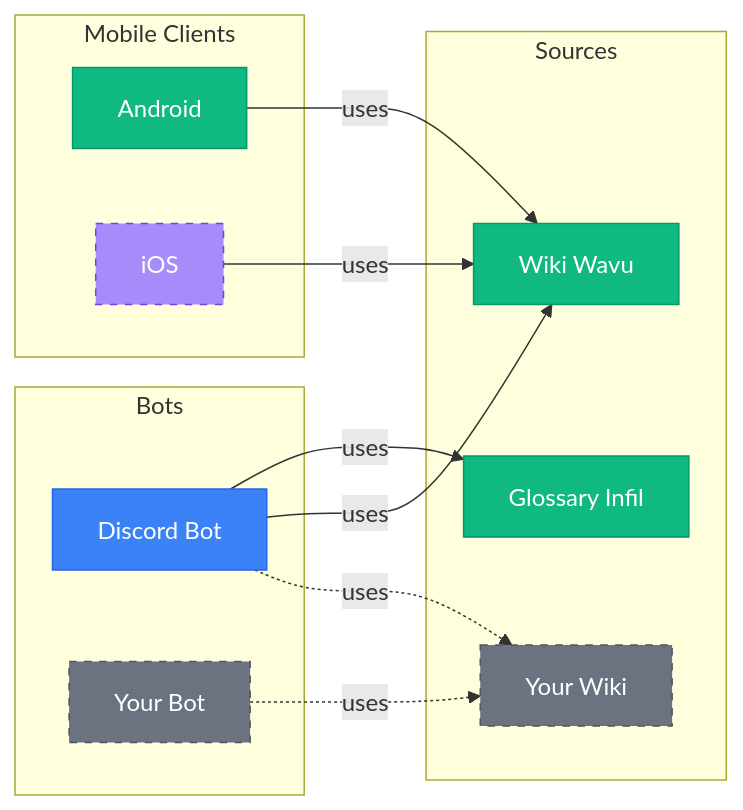
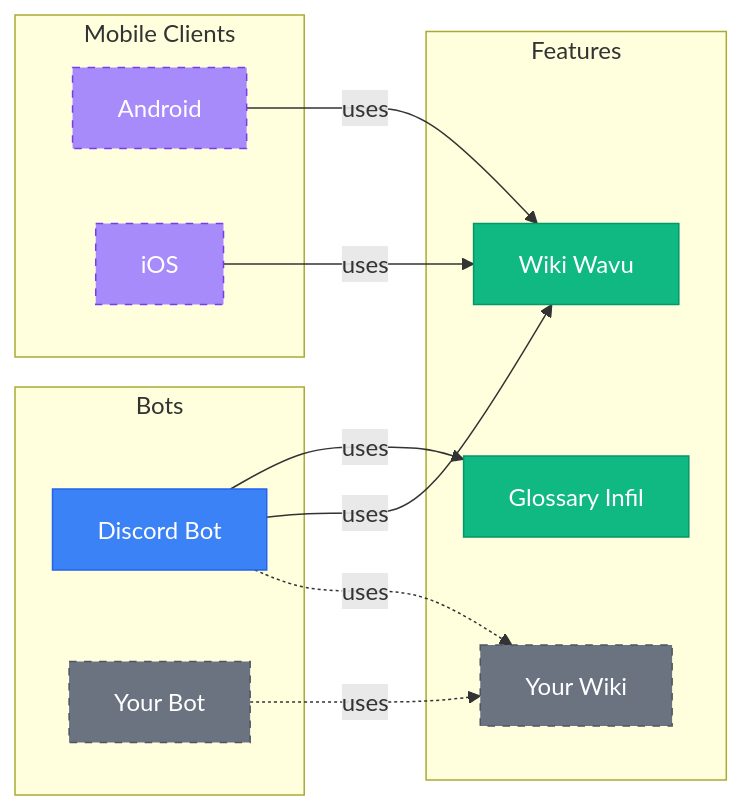
One commit to Sophon/FightingNerd changed the diagram in README.md. Above: the diagram before and after it, drawn with Mermaid. The commit also changed other lines of this file, not shown here.

Commit message:
chore (doc): content

````diff
--- a/README.md
+++ b/README.md
@@ -8,36 +8,36 @@
 ```mermaid
 graph LR
     subgraph Bots
         discordBot[Discord Bot]
         yourBot[Your Bot]
     end
     
     subgraph "Mobile Clients"
         android[Android]
         iOS[iOS]
     end
     
-    subgraph Sources
+    subgraph Features
         glossaryInfil[Glossary Infil]
         wikiWavu[Wiki Wavu]
         yourWiki[Your Wiki]
     end
     
     discordBot -->|uses| glossaryInfil
     discordBot -->|uses| wikiWavu
     discordBot -.->|uses| yourWiki
     
     yourBot -.->|uses| yourWiki
     
     android -->|uses| wikiWavu
     
     iOS -->|uses| wikiWavu
     
     style discordBot fill:#3B82F6,stroke:#2563EB,color:#fff
     style yourBot fill:#6B7280,stroke:#4B5563,color:#fff,stroke-dasharray: 5 5
-    style android fill:#10B981,stroke:#059669,color:#fff
+    style android fill:#A78BFA,stroke:#7C3AED,color:#fff,stroke-dasharray: 5 5
     style iOS fill:#A78BFA,stroke:#7C3AED,color:#fff,stroke-dasharray: 5 5
     style glossaryInfil fill:#10B981,stroke:#059669,color:#fff
     style wikiWavu fill:#10B981,stroke:#059669,color:#fff
     style yourWiki fill:#6B7280,stroke:#4B5563,color:#fff,stroke-dasharray: 5 5
 ```
````
